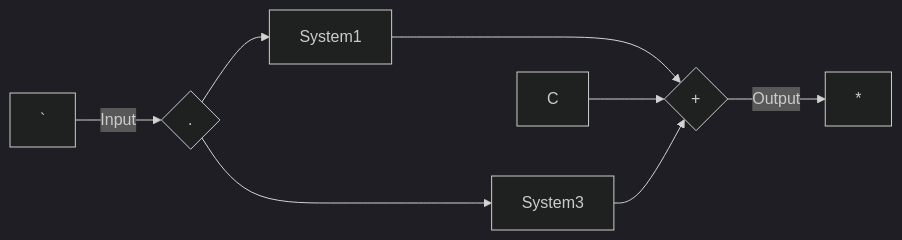
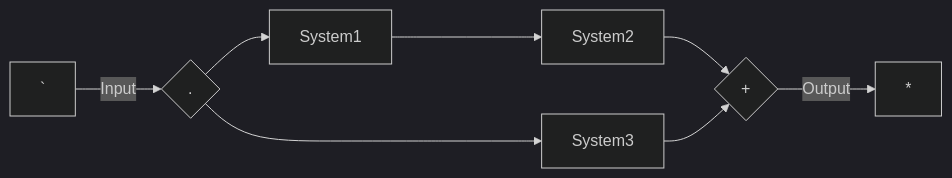
Before and after one commit to setrar/dsp: the fifth of 5 diagrams in signal-processing/kutz/5/README.md, drawn with Mermaid (dark theme).

````diff
--- a/signal-processing/kutz/5/README.md
+++ b/signal-processing/kutz/5/README.md
@@ -82,10 +82,10 @@
 ```mermaid
 flowchart LR
     ` -->|Input| B{.}
     B --> F[System1]
-    F----> E[System2]
+    F----> C[System2]
     B ----> D[System3]
     C --> E{+}
     D --> E{+}
     E--> |Output| *
 ```
````
